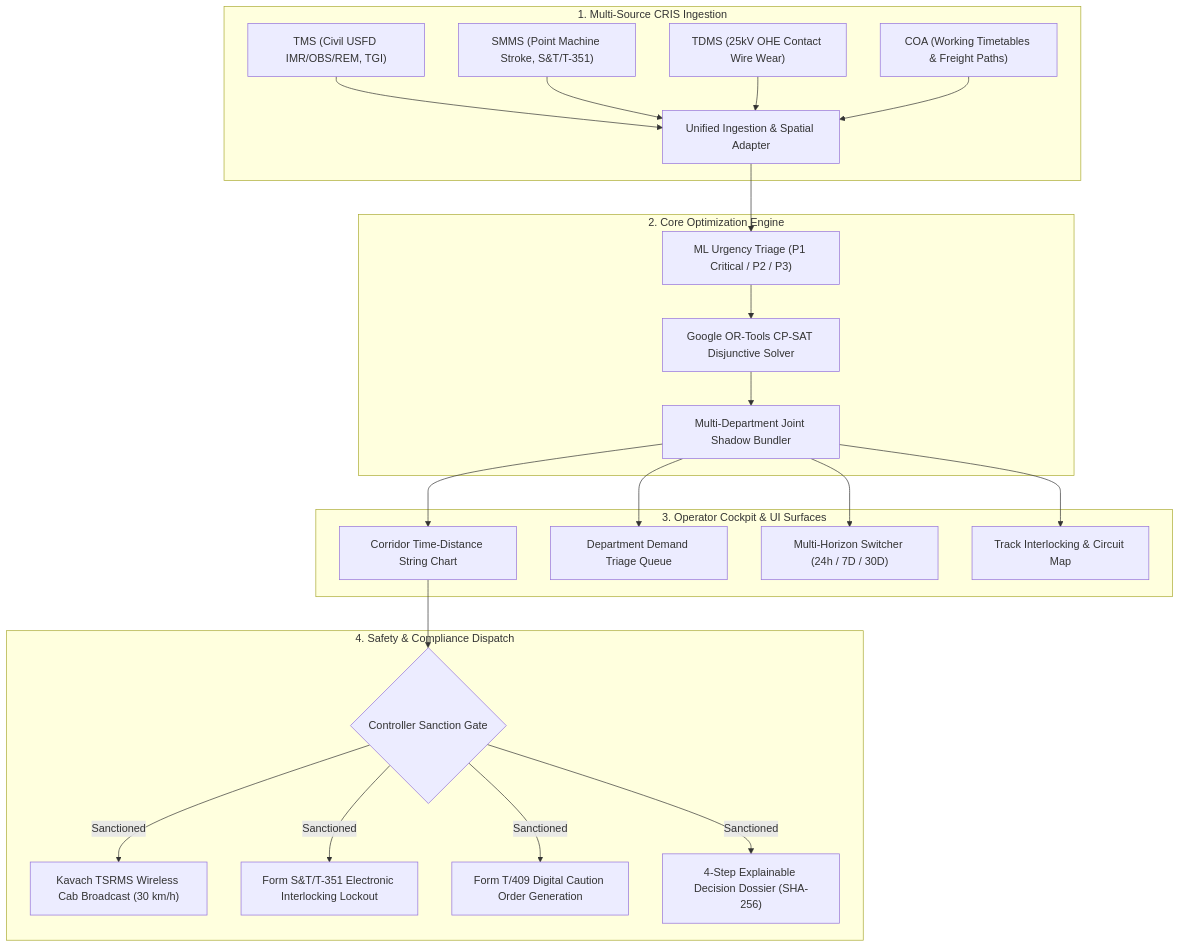
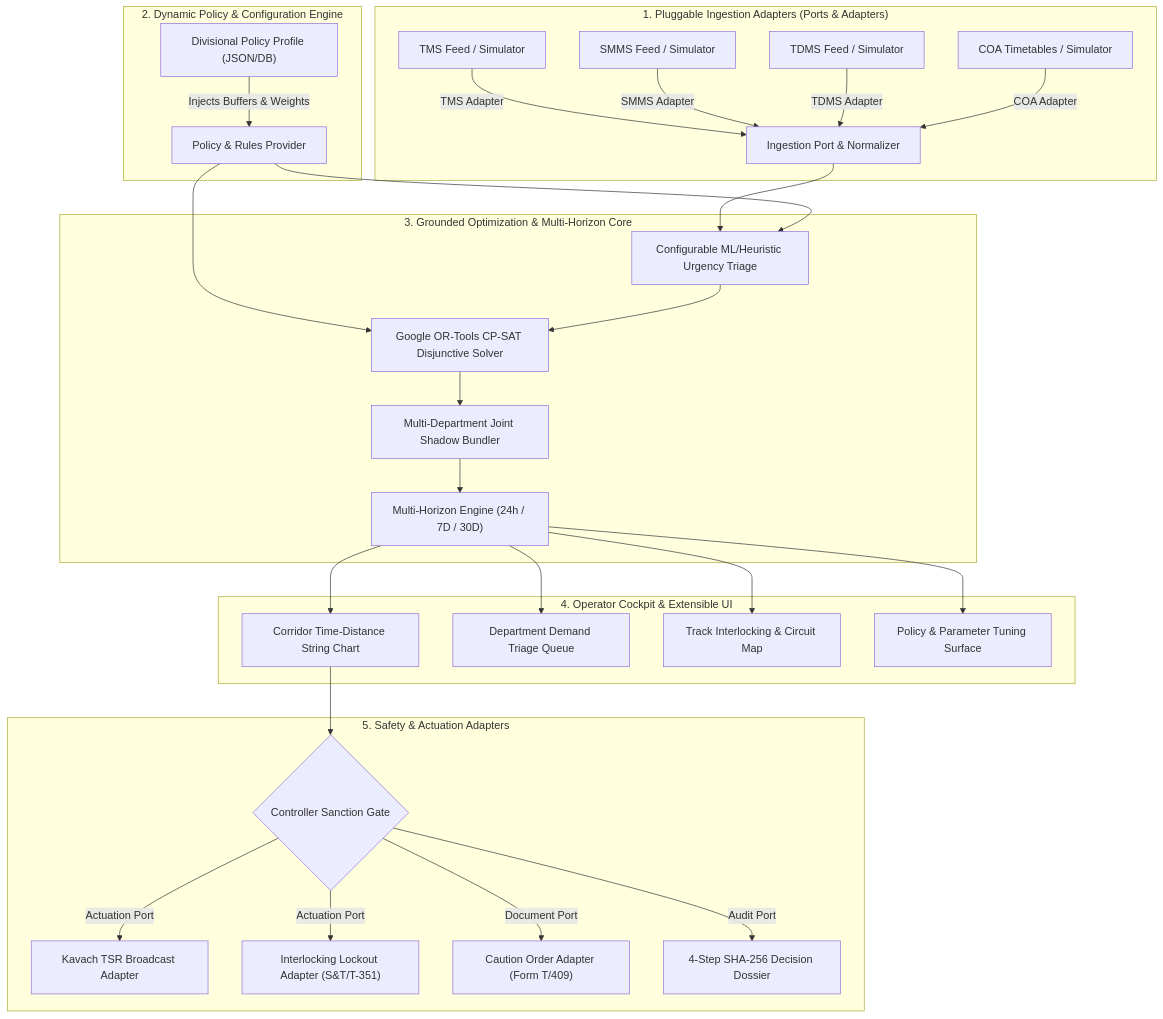
The diagram in docs/01_PRD.md (ritam413/RailSuraksha-AI-), drawn with Mermaid before and after one commit. The commit also changed other lines of this file and 368 other files, not shown here.

````diff
--- a/docs/01_PRD.md
+++ b/docs/01_PRD.md
@@ -41,30 +37,37 @@
 ```mermaid
 graph TD
-    subgraph "1. Multi-Source CRIS Ingestion"
-        TMS["TMS (Civil USFD IMR/OBS/REM, TGI)"] --> Ingest["Unified Ingestion & Spatial Adapter"]
-        SMMS["SMMS (Point Machine Stroke, S&T/T-351)"] --> Ingest
-        TDMS["TDMS (25kV OHE Contact Wire Wear)"] --> Ingest
-        COA["COA (Working Timetables & Freight Paths)"] --> Ingest
+    subgraph "1. Pluggable Ingestion Adapters (Ports & Adapters)"
+        TMS["TMS Feed / Simulator"] -->|TMS Adapter| Ingest["Ingestion Port & Normalizer"]
+        SMMS["SMMS Feed / Simulator"] -->|SMMS Adapter| Ingest
+        TDMS["TDMS Feed / Simulator"] -->|TDMS Adapter| Ingest
+        COA["COA Timetables / Simulator"] -->|COA Adapter| Ingest
     end
 
-    subgraph "2. Core Optimization Engine"
-        Ingest --> Triage["ML Urgency Triage (P1 Critical / P2 / P3)"]
-        Triage --> Solver["Google OR-Tools CP-SAT Disjunctive Solver"]
-        Solver --> Bundler["Multi-Department Joint Shadow Bundler"]
+    subgraph "2. Dynamic Policy & Configuration Engine"
+        PolicyFile["Divisional Policy Profile (JSON/DB)"] -->|Injects Buffers & Weights| PolicyService["Policy & Rules Provider"]
     end
 
-    subgraph "3. Operator Cockpit & UI Surfaces"
-        Bundler --> Gantt["Corridor Time-Distance String Chart"]
-        Bundler --> Queue["Department Demand Triage Queue"]
-        Bundler --> Switcher["Multi-Horizon Switcher (24h / 7D / 30D)"]
-        Bundler --> Interlocking["Track Interlocking & Circuit Map"]
+    subgraph "3. Grounded Optimization & Multi-Horizon Core"
+        Ingest --> Triage["Configurable ML/Heuristic Urgency Triage"]
+        PolicyService --> Triage
+        PolicyService --> Solver["Google OR-Tools CP-SAT Disjunctive Solver"]
+        Triage --> Solver
+        Solver --> Bundler["Multi-Department Joint Shadow Bundler"]
+        Bundler --> HorizonEngine["Multi-Horizon Engine (24h / 7D / 30D)"]
     end
 
-    subgraph "4. Safety & Compliance Dispatch"
+    subgraph "4. Operator Cockpit & Extensible UI"
+        HorizonEngine --> Gantt["Corridor Time-Distance String Chart"]
+        HorizonEngine --> Queue["Department Demand Triage Queue"]
+        HorizonEngine --> Interlocking["Track Interlocking & Circuit Map"]
+        HorizonEngine --> PolicyUI["Policy & Parameter Tuning Surface"]
+    end
+
+    subgraph "5. Safety & Actuation Adapters"
         Gantt --> Sanction{"Controller Sanction Gate"}
-        Sanction -->|Sanctioned| Kavach["Kavach TSRMS Wireless Cab Broadcast (30 km/h)"]
-        Sanction -->|Sanctioned| InterlockLock["Form S&T/T-351 Electronic Interlocking Lockout"]
-        Sanction -->|Sanctioned| CautionOrder["Form T/409 Digital Caution Order Generation"]
-        Sanction -->|Sanctioned| Dossier["4-Step Explainable Decision Dossier (SHA-256)"]
+        Sanction -->|Actuation Port| Kavach["Kavach TSR Broadcast Adapter"]
+        Sanction -->|Actuation Port| InterlockLock["Interlocking Lockout Adapter (S&T/T-351)"]
+        Sanction -->|Document Port| CautionOrder["Caution Order Adapter (Form T/409)"]
+        Sanction -->|Audit Port| Dossier["4-Step SHA-256 Decision Dossier"]
     end
 ```
````
